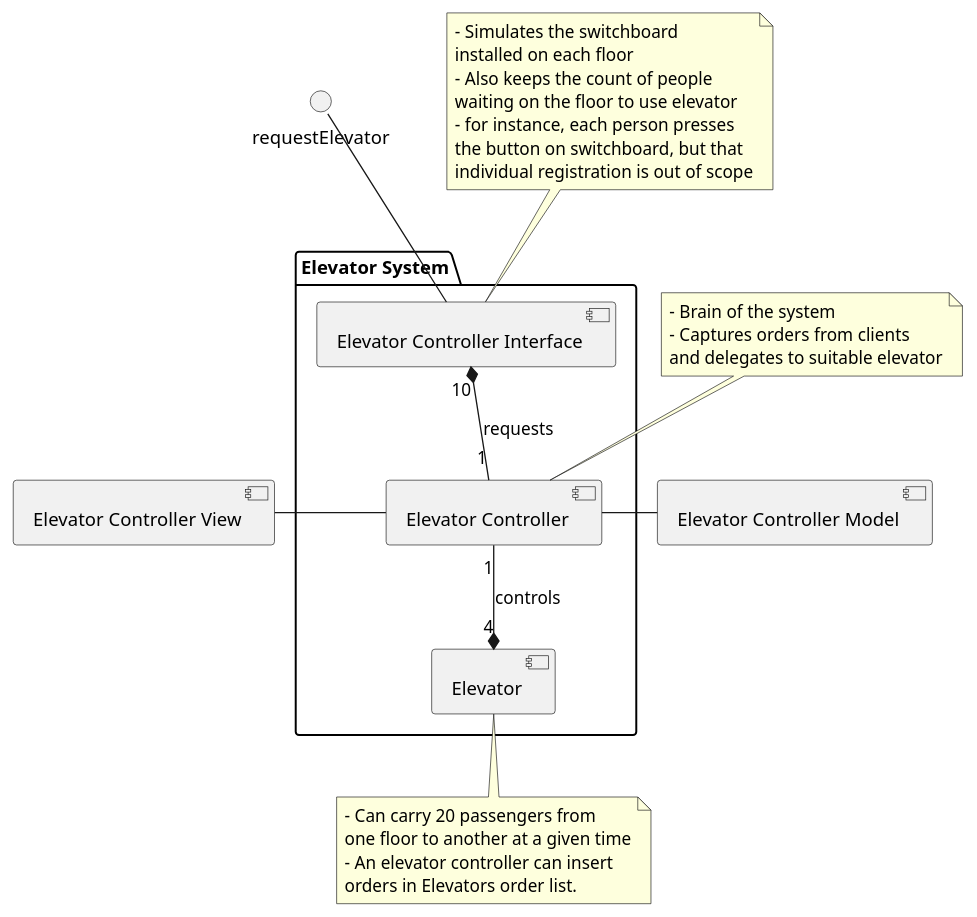
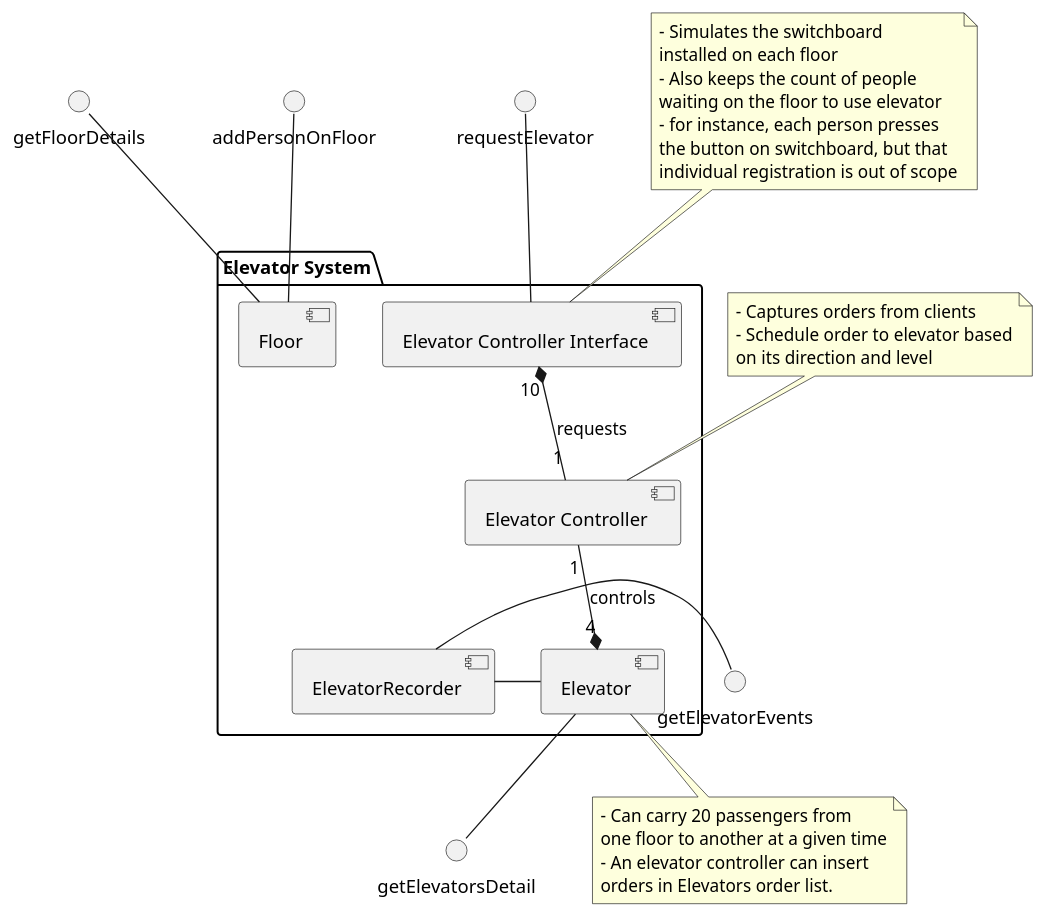
One commit to nabsha/ascender changed the diagram in src/main/docs/ComponentDiagram.puml. Above: the diagram before and after it, drawn with PlantUML. The commit also changed 25 other files, not shown here.

```diff
--- a/src/main/docs/ComponentDiagram.puml
+++ b/src/main/docs/ComponentDiagram.puml
@@ -1,42 +1,42 @@
 @startuml
 
 package "Elevator System" {
 [Elevator Controller Interface] as ECC
 [Elevator Controller] as EC
 [Elevator] as E
-
+[ElevatorRecorder] as ER
+E -left- ER
 ECC "10" *-- "1" EC : requests
 EC "1" --* "4" E : controls
+[Floor] as Floor
 }
+E -- getElevatorsDetail
 requestElevator -- ECC
-
-[Elevator Controller View] as ECV
-EC -left- ECV
-
-[Elevator Controller Model] as ECM
-EC -right- ECM
+getElevatorEvents -left- ER
+Floor -up- addPersonOnFloor
+Floor -up- getFloorDetails
 
 
 note bottom of E
  - Can carry 20 passengers from
  one floor to another at a given time
  - An elevator controller can insert
  orders in Elevators order list.
 end note
 
 note top of EC
-  - Brain of the system
   - Captures orders from clients
-  and delegates to suitable elevator
+  - Schedule order to elevator based
+  on its direction and level
 end note
 
 note top of ECC
   - Simulates the switchboard
   installed on each floor
   - Also keeps the count of people
   waiting on the floor to use elevator
   - for instance, each person presses
   the button on switchboard, but that
   individual registration is out of scope
 end note
 @enduml
```
